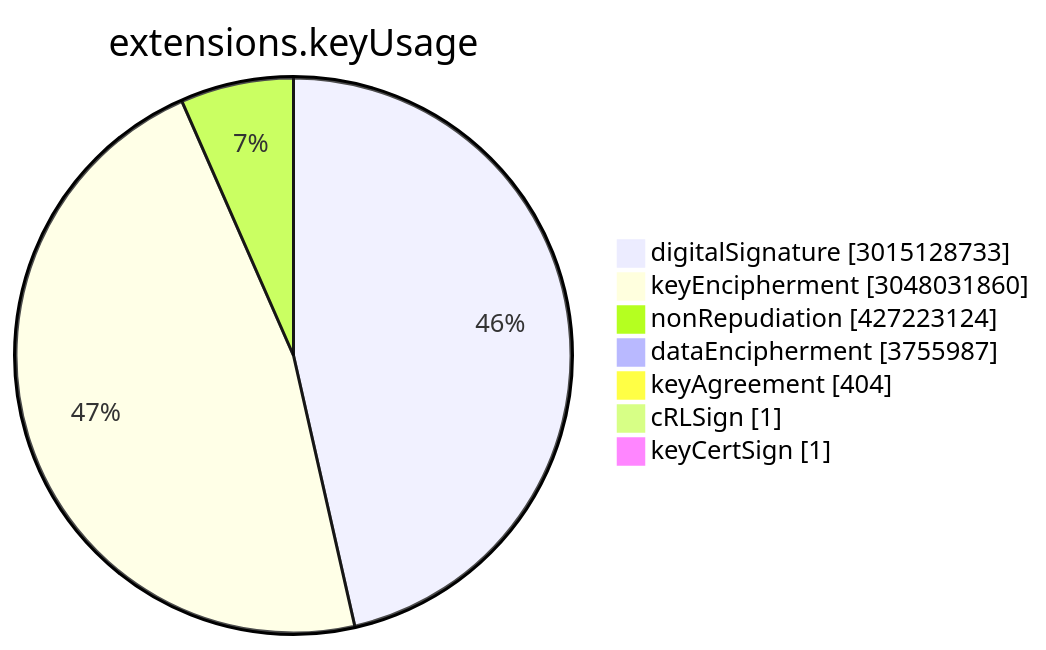
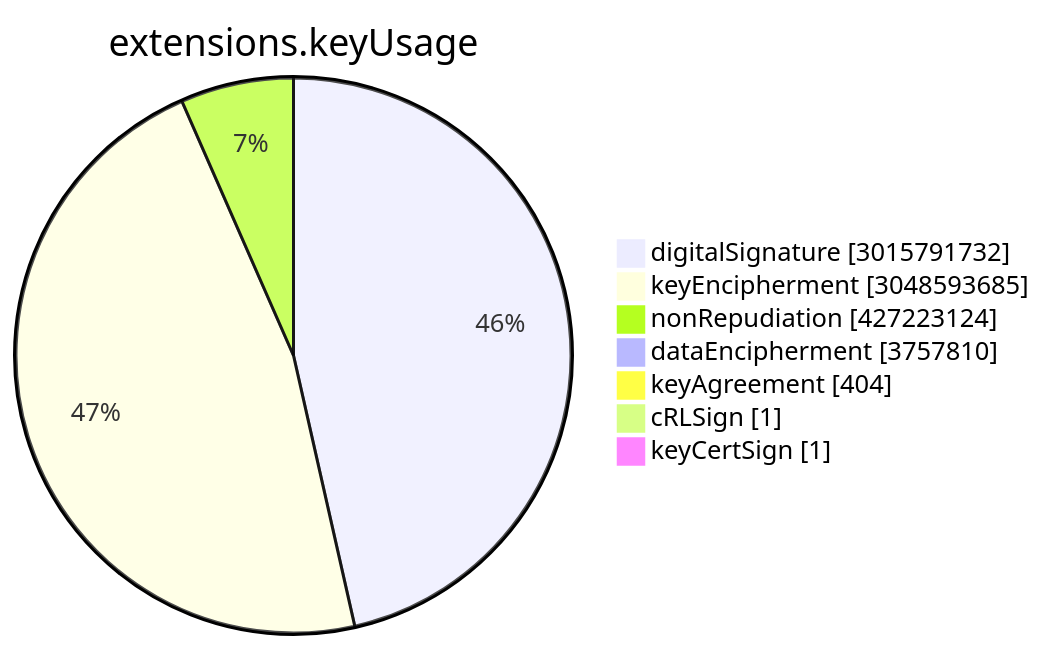
The sixth of 15 diagrams in TOTAL/README.md (christiankrug/ctmonitor_visualization), drawn with Mermaid before and after one commit. The commit also changed other lines of this file, not shown here.

````diff
--- a/TOTAL/README.md
+++ b/TOTAL/README.md
@@ -3077,11 +3077,11 @@
 ```mermaid
 pie showData
 title extensions.keyUsage
-"digitalSignature" :3015128733
-"keyEncipherment" :3048031860
+"digitalSignature" :3015791732
+"keyEncipherment" :3048593685
 "nonRepudiation" :427223124
-"dataEncipherment" :3755987
+"dataEncipherment" :3757810
 "keyAgreement" :404
 "cRLSign" :1
 "keyCertSign" :1
 ```
````
